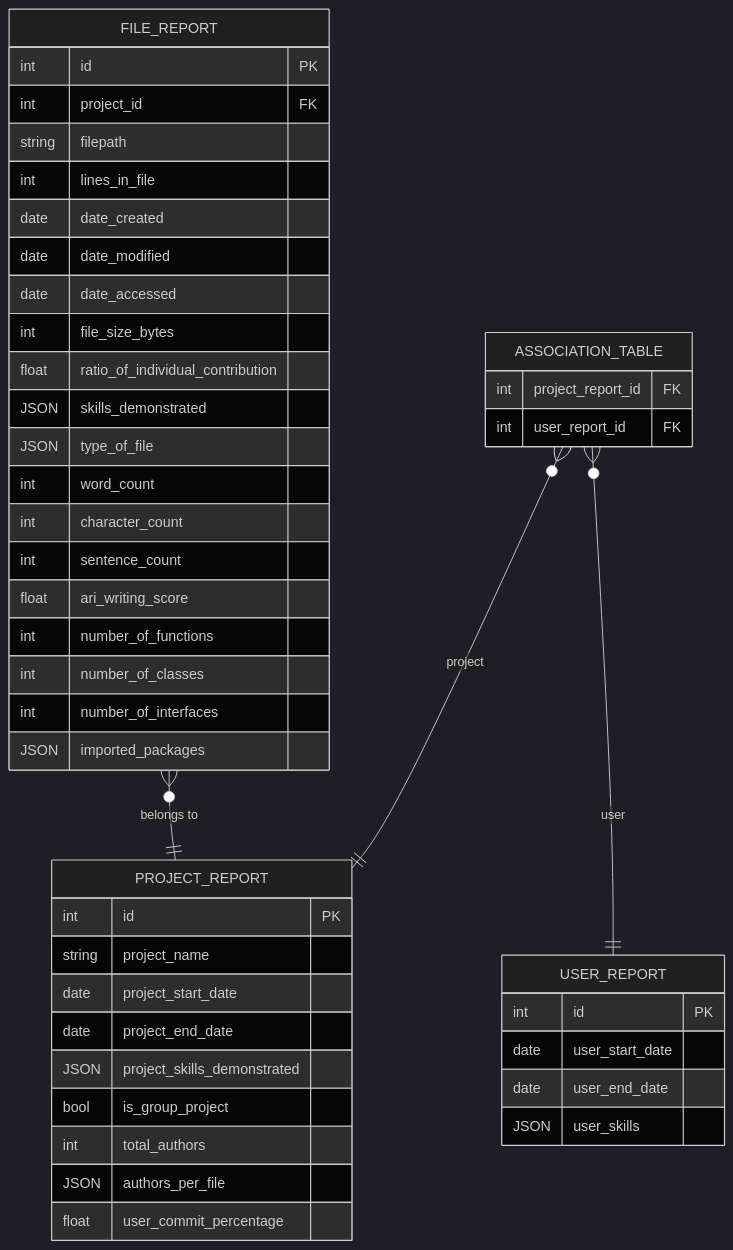
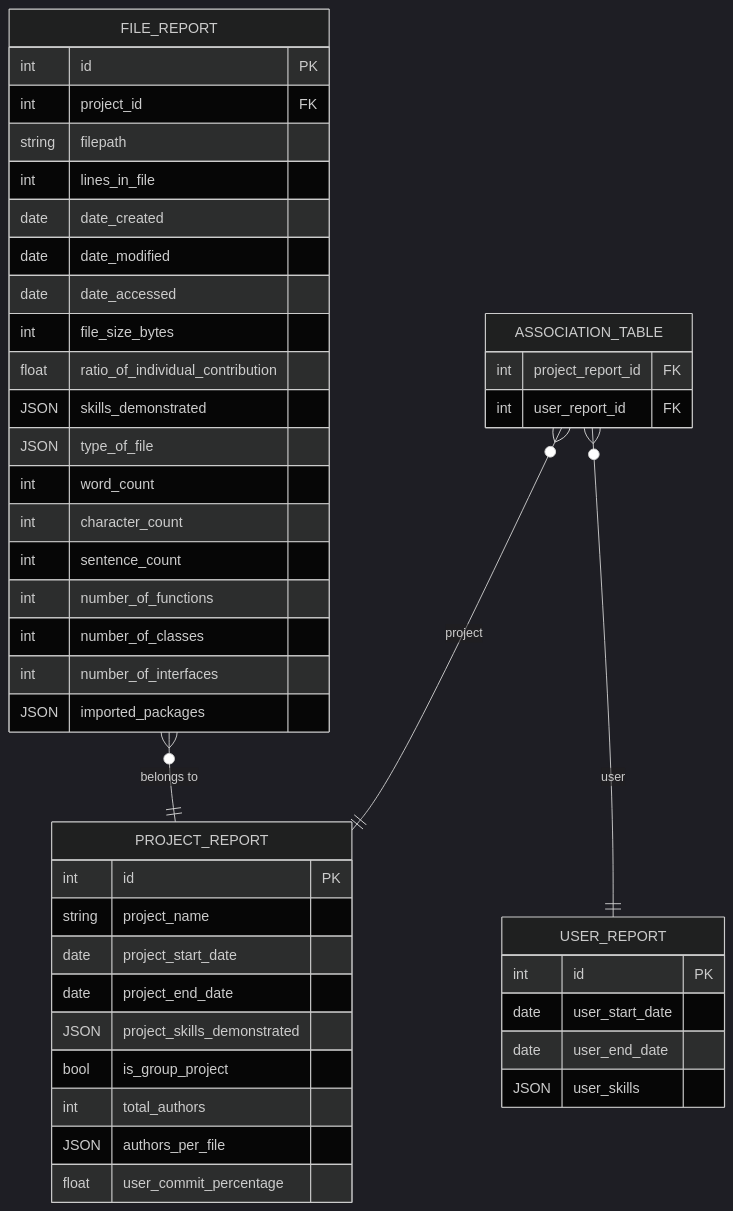
One commit to COSC-499-W2025/capstone-project-team-18 changed the diagram in src/database/README.md. Above: the diagram before and after it, drawn with Mermaid (dark theme). The commit also changed 6 other files, not shown here.

Commit message:
Removed ARI Score

````diff
--- a/src/database/README.md
+++ b/src/database/README.md
@@ -40,54 +40,53 @@
 ``` mermaid
 erDiagram
 
     FILE_REPORT {
         int id PK
         int project_id FK
         string filepath
         int lines_in_file
         date date_created
         date date_modified
         date date_accessed
         int file_size_bytes
         float ratio_of_individual_contribution
         JSON skills_demonstrated
         JSON type_of_file
         int word_count
         int character_count
         int sentence_count
-        float ari_writing_score
         int number_of_functions
         int number_of_classes
         int number_of_interfaces
         JSON imported_packages
     }
 
     PROJECT_REPORT {
         int id PK
         string project_name
         date project_start_date
         date project_end_date
         JSON project_skills_demonstrated
         bool is_group_project
         int total_authors
         JSON authors_per_file
         float user_commit_percentage
     }
 
     USER_REPORT {
         int id PK
         date user_start_date
         date user_end_date
         JSON user_skills
     }
 
     ASSOCIATION_TABLE {
         int project_report_id FK
         int user_report_id FK
     }
 
     %% Relationships
     FILE_REPORT }o--|| PROJECT_REPORT : "belongs to"
     ASSOCIATION_TABLE }o--|| PROJECT_REPORT : "project"
     ASSOCIATION_TABLE }o--|| USER_REPORT : "user"
 ```
````
